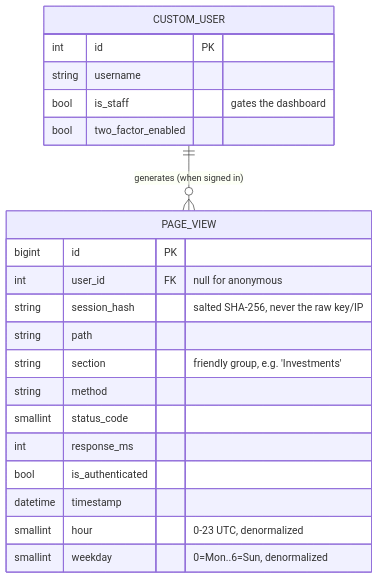
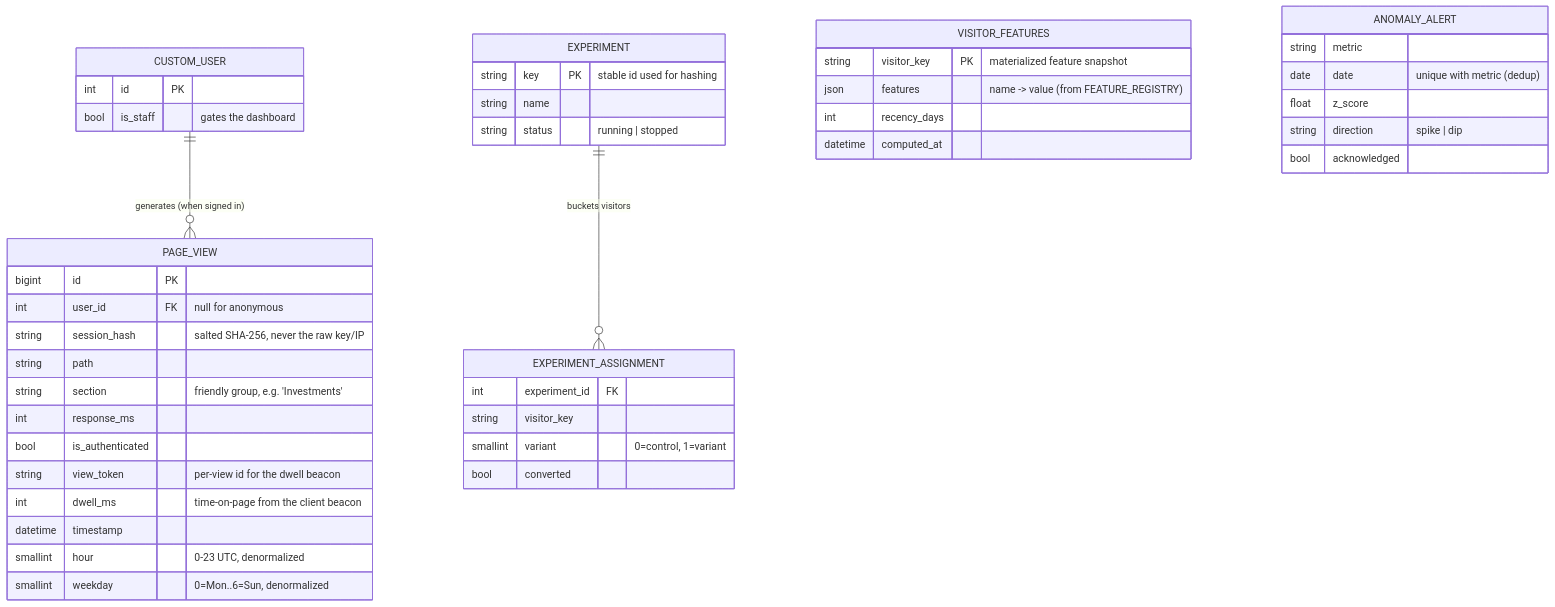
One commit to danieltalbert/emvera changed the second of 7 diagrams in docs/analytics-architecture.md. Above: the diagram before and after it, drawn with Mermaid. The commit also changed other lines of this file, not shown here.

First line of the commit message:
Update analytics UML docs for feature store, beacons, A/B, alerts, reporting

````diff
--- a/docs/analytics-architecture.md
+++ b/docs/analytics-architecture.md
@@ -50,24 +63,47 @@
 ```mermaid
 erDiagram
     CUSTOM_USER ||--o{ PAGE_VIEW : "generates (when signed in)"
+    EXPERIMENT ||--o{ EXPERIMENT_ASSIGNMENT : "buckets visitors"
     PAGE_VIEW {
         bigint   id PK
         int      user_id FK "null for anonymous"
         string   session_hash "salted SHA-256, never the raw key/IP"
         string   path
         string   section "friendly group, e.g. 'Investments'"
-        string   method
-        smallint status_code
         int      response_ms
         bool     is_authenticated
+        string   view_token "per-view id for the dwell beacon"
+        int      dwell_ms "time-on-page from the client beacon"
         datetime timestamp
         smallint hour "0-23 UTC, denormalized"
         smallint weekday "0=Mon..6=Sun, denormalized"
     }
+    VISITOR_FEATURES {
+        string visitor_key PK "materialized feature snapshot"
+        json   features "name -> value (from FEATURE_REGISTRY)"
+        int    recency_days
+        datetime computed_at
+    }
+    EXPERIMENT {
+        string key PK "stable id used for hashing"
+        string name
+        string status "running | stopped"
+    }
+    EXPERIMENT_ASSIGNMENT {
+        int    experiment_id FK
+        string visitor_key
+        smallint variant "0=control, 1=variant"
+        bool   converted
+    }
+    ANOMALY_ALERT {
+        string metric
+        date   date "unique with metric (dedup)"
+        float  z_score
+        string direction "spike | dip"
+        bool   acknowledged
+    }
     CUSTOM_USER {
         int     id PK
-        string  username
         bool    is_staff "gates the dashboard"
-        bool    two_factor_enabled
     }
 ```
````
